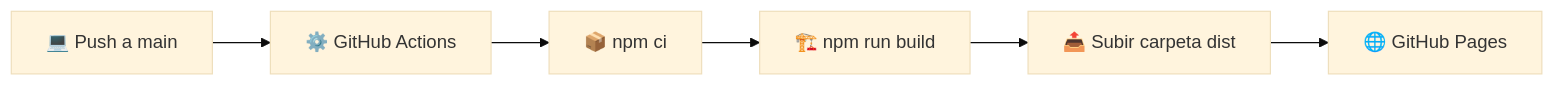
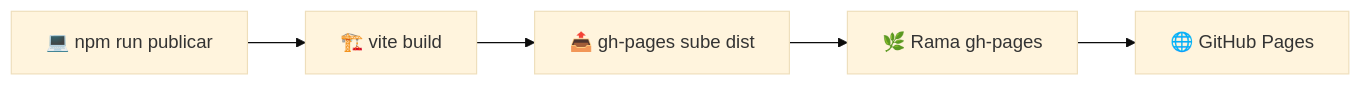
One commit to angelalop03/TripEAs-Web changed the second of 2 diagrams in README.md. Above: the diagram before and after it, drawn with Mermaid (base theme). The commit also changed other lines of this file and 4 other files, not shown here.

First line of the commit message:
build: Publish the site with npm run publicar (gh-pages branch)

````diff
--- a/README.md
+++ b/README.md
@@ -191,8 +197,7 @@
 ```mermaid
 flowchart LR
-    A[💻 Push a main] --> B[⚙️ GitHub Actions]
-    B --> C[📦 npm ci]
-    C --> D[🏗️ npm run build]
-    D --> E[📤 Subir carpeta dist]
-    E --> F[🌐 GitHub Pages]
+    A[💻 npm run publicar] --> B[🏗️ vite build]
+    B --> C[📤 gh-pages sube dist]
+    C --> D[🌿 Rama gh-pages]
+    D --> E[🌐 GitHub Pages]
 ```
````
